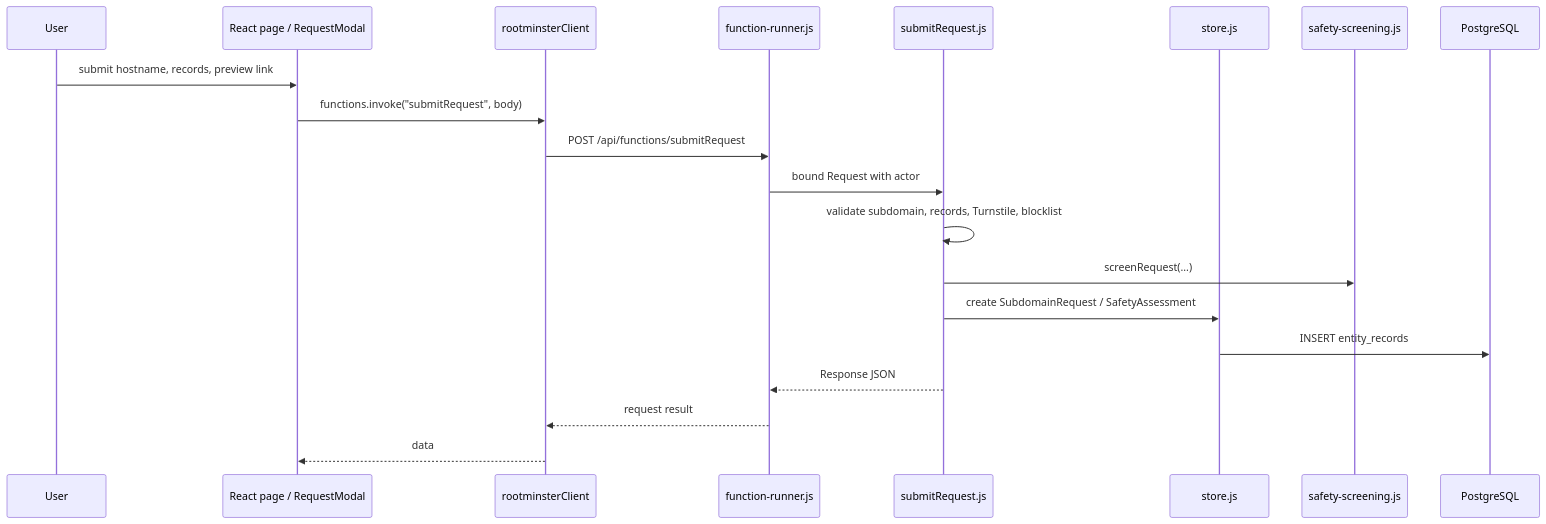
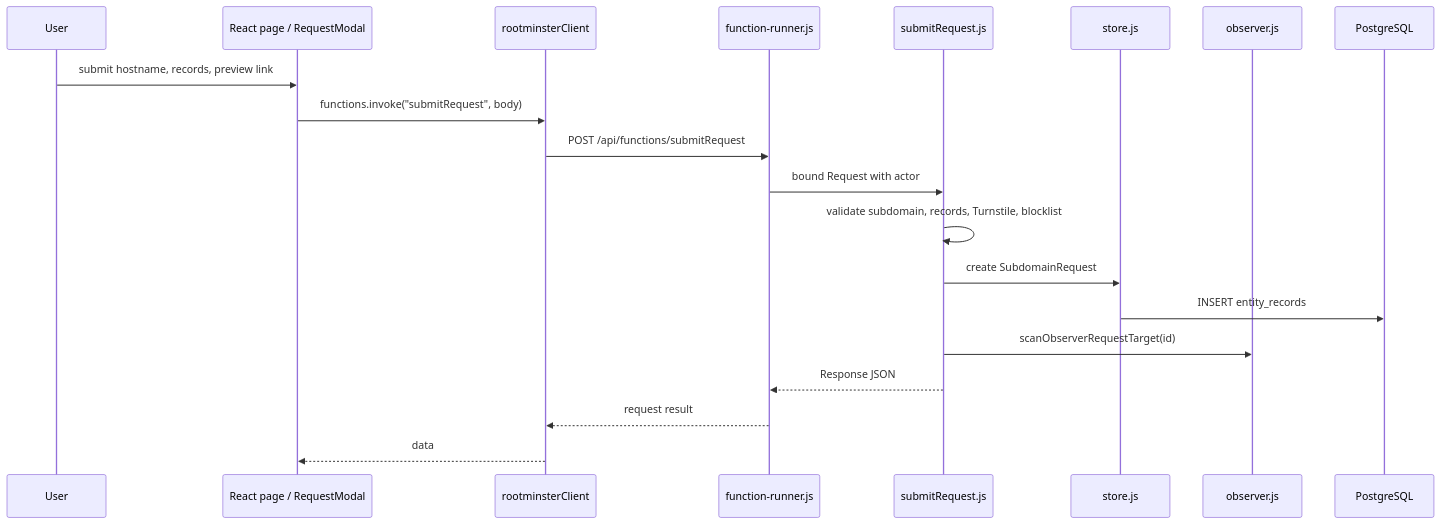
Before and after one commit to open-domains/Rootminster: the first of 4 diagrams in docs/wiki/diagrams/sequences.md, drawn with Mermaid. The commit also changed 10 other files, not shown here.

First line of the commit message:
Remove legacy safety screening

````diff
--- a/docs/wiki/diagrams/sequences.md
+++ b/docs/wiki/diagrams/sequences.md
@@ -7,22 +7,22 @@
 ```mermaid
 sequenceDiagram
     participant User
     participant React as React page / RequestModal
     participant Client as rootminsterClient
     participant Runner as function-runner.js
     participant Submit as submitRequest.js
     participant Store as store.js
-    participant Safety as safety-screening.js
+    participant Observer as observer.js
     participant DB as PostgreSQL
     User->>React: submit hostname, records, preview link
     React->>Client: functions.invoke("submitRequest", body)
     Client->>Runner: POST /api/functions/submitRequest
     Runner->>Submit: bound Request with actor
     Submit->>Submit: validate subdomain, records, Turnstile, blocklist
-    Submit->>Safety: screenRequest(...)
-    Submit->>Store: create SubdomainRequest / SafetyAssessment
+    Submit->>Store: create SubdomainRequest
     Store->>DB: INSERT entity_records
+    Submit->>Observer: scanObserverRequestTarget(id)
     Submit-->>Runner: Response JSON
     Runner-->>Client: request result
     Client-->>React: data
 ```
````
